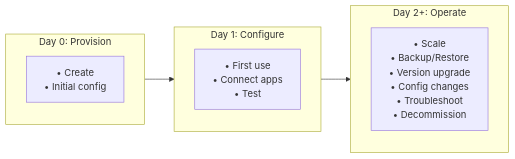
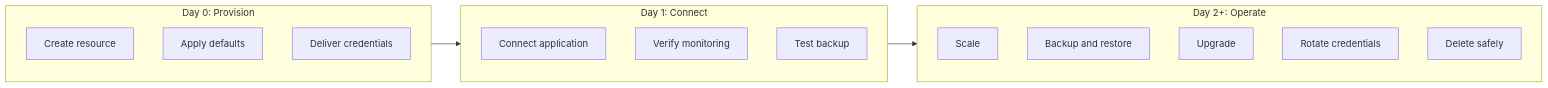
Before and after one commit to krisztiankoos/kubedojo: the ninth of 14 diagrams in src/content/docs/platform/disciplines/core-platform/platform-engineering/module-2.5-self-service-infrastructure.md, drawn with Mermaid. The commit also changed other lines of this file, not shown here.

````diff
--- a/src/content/docs/platform/disciplines/core-platform/platform-engineering/module-2.5-self-service-infrastructure.md
+++ b/src/content/docs/platform/disciplines/core-platform/platform-engineering/module-2.5-self-service-infrastructure.md
@@ -743,19 +841,27 @@
 ```mermaid
 flowchart LR
-    subgraph D0["Day 0: Provision"]
+    subgraph Day0["Day 0: Provision"]
         direction TB
-        P1["• Create<br/>• Initial config"]
+        D0A["Create resource"]
+        D0B["Apply defaults"]
+        D0C["Deliver credentials"]
     end
-    
-    subgraph D1["Day 1: Configure"]
+
+    subgraph Day1["Day 1: Connect"]
         direction TB
-        C1["• First use<br/>• Connect apps<br/>• Test"]
+        D1A["Connect application"]
+        D1B["Verify monitoring"]
+        D1C["Test backup"]
     end
-    
-    subgraph D2["Day 2+: Operate"]
+
+    subgraph Day2["Day 2+: Operate"]
         direction TB
-        O1["• Scale<br/>• Backup/Restore<br/>• Version upgrade<br/>• Config changes<br/>• Troubleshoot<br/>• Decommission"]
+        D2A["Scale"]
+        D2B["Backup and restore"]
+        D2C["Upgrade"]
+        D2D["Rotate credentials"]
+        D2E["Delete safely"]
     end
-    
-    D0 --> D1 --> D2
+
+    Day0 --> Day1 --> Day2
 ```
````
